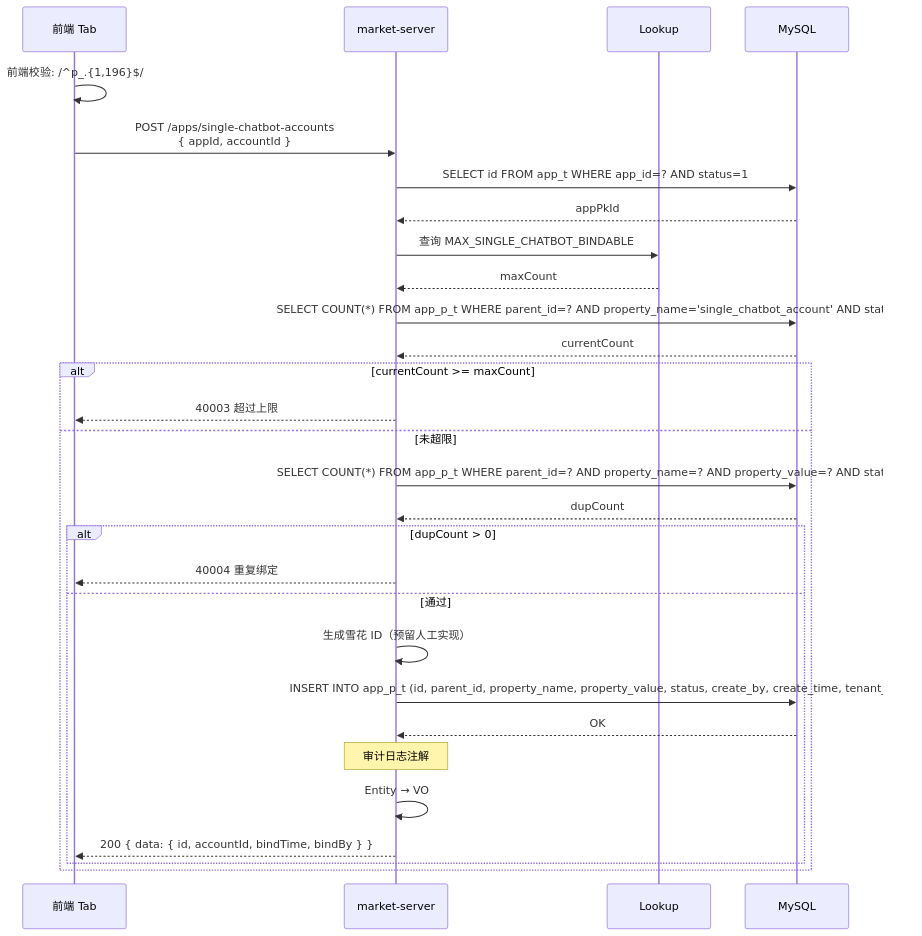
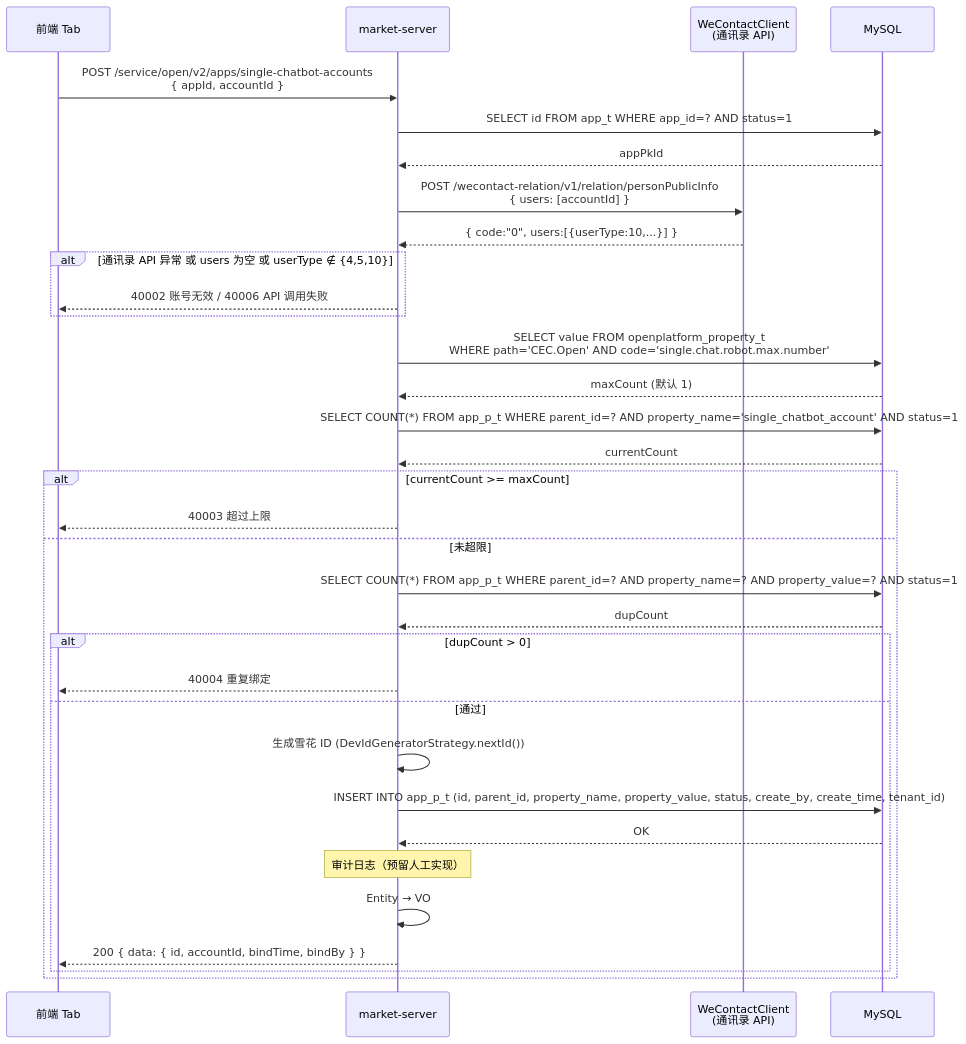
One commit to THZSummer/open-app changed the sixth of 8 diagrams in docs/market-server/app-chatbot-bindtab-requirement.md. Above: the diagram before and after it, drawn with Mermaid. The commit also changed other lines of this file and 2 other files, not shown here.

First line of the commit message:
feat(chatbot-bindtab): spec v2.0 - contact API validation + tag layout

````diff
--- a/docs/market-server/app-chatbot-bindtab-requirement.md
+++ b/docs/market-server/app-chatbot-bindtab-requirement.md
@@ -411,32 +422,36 @@
 ```mermaid
 sequenceDiagram
     participant FE as 前端 Tab
     participant MS as market-server
-    participant LK as Lookup
+    participant WC as WeContactClient<br/>(通讯录 API)
     participant DB as MySQL
 
-    FE->>FE: 前端校验: /^p_.{1,196}$/
-    FE->>MS: POST /apps/single-chatbot-accounts<br/>{ appId, accountId }
+    FE->>MS: POST /service/open/v2/apps/single-chatbot-accounts<br/>{ appId, accountId }
     MS->>DB: SELECT id FROM app_t WHERE app_id=? AND status=1
     DB-->>MS: appPkId
-    MS->>LK: 查询 MAX_SINGLE_CHATBOT_BINDABLE
-    LK-->>MS: maxCount
+    MS->>WC: POST /wecontact-relation/v1/relation/personPublicInfo<br/>{ users: [accountId] }
+    WC-->>MS: { code:"0", users:[{userType:10,...}] }
+    alt 通讯录 API 异常 或 users 为空 或 userType ∉ {4,5,10}
+        MS-->>FE: 40002 账号无效 / 40006 API 调用失败
+    end
+    MS->>DB: SELECT value FROM openplatform_property_t<br/>WHERE path='CEC.Open' AND code='single.chat.robot.max.number'
+    DB-->>MS: maxCount (默认 1)
     MS->>DB: SELECT COUNT(*) FROM app_p_t WHERE parent_id=? AND property_name='single_chatbot_account' AND status=1
     DB-->>MS: currentCount
     alt currentCount >= maxCount
         MS-->>FE: 40003 超过上限
     else 未超限
         MS->>DB: SELECT COUNT(*) FROM app_p_t WHERE parent_id=? AND property_name=? AND property_value=? AND status=1
         DB-->>MS: dupCount
         alt dupCount > 0
             MS-->>FE: 40004 重复绑定
         else 通过
-            MS->>MS: 生成雪花 ID（预留人工实现）
+            MS->>MS: 生成雪花 ID (DevIdGeneratorStrategy.nextId())
             MS->>DB: INSERT INTO app_p_t (id, parent_id, property_name, property_value, status, create_by, create_time, tenant_id)
             DB-->>MS: OK
-            Note over MS: 审计日志注解
+            Note over MS: 审计日志（预留人工实现）
             MS->>MS: Entity → VO
             MS-->>FE: 200 { data: { id, accountId, bindTime, bindBy } }
         end
     end
 ```
````
